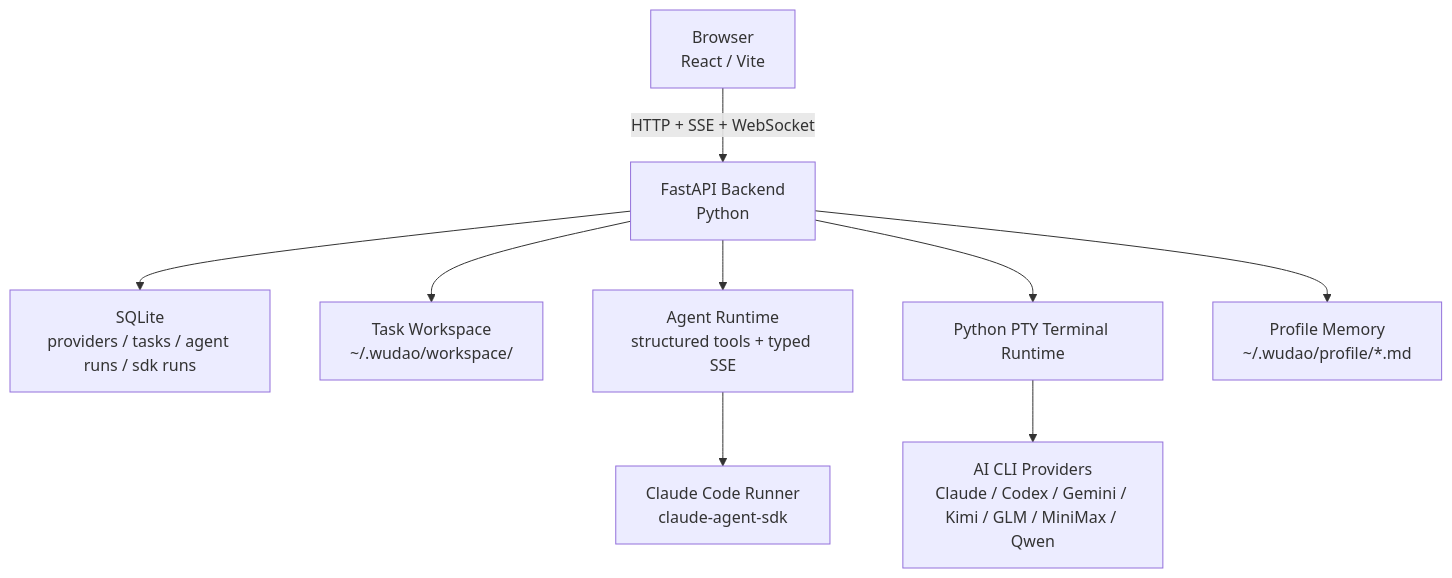
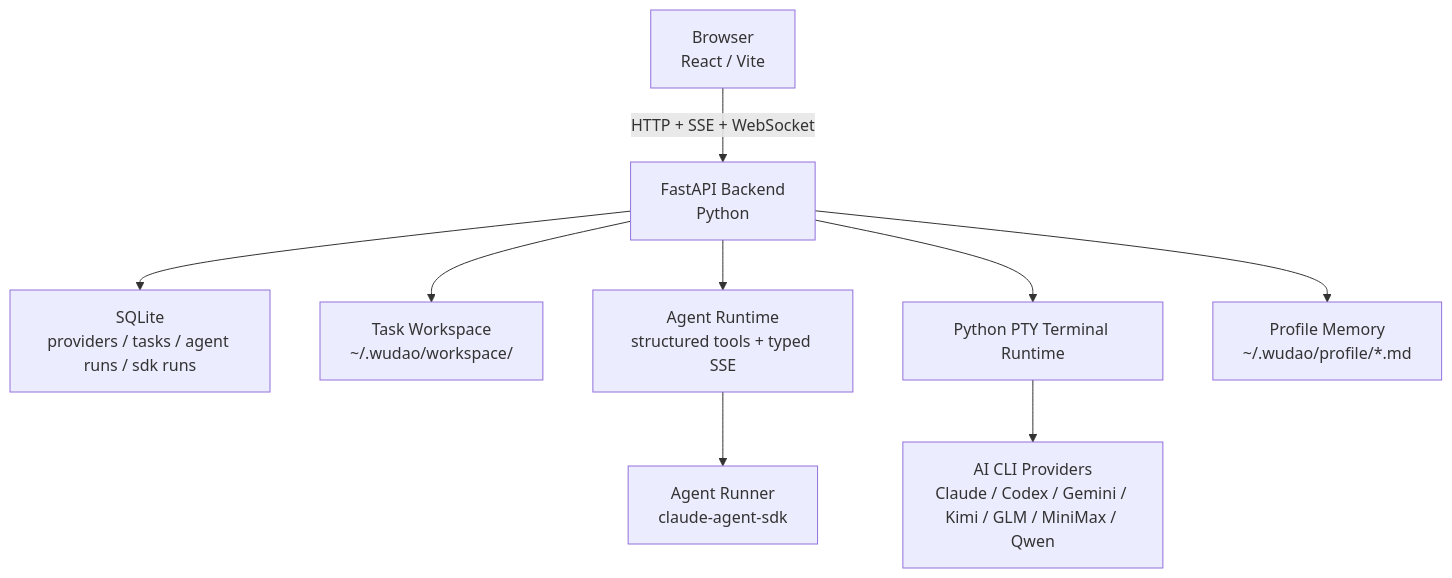
The diagram in AGENTS.md (zth9/wudao), drawn with Mermaid before and after one commit. The commit also changed other lines of this file and 23 other files, not shown here.

First line of the commit message:
refactor: rename invoke_claude_code_runner to agent_runner with settings and context optimization

````diff
--- a/AGENTS.md
+++ b/AGENTS.md
@@ -157,11 +157,11 @@
 ```mermaid
 flowchart TD
     A[Browser\nReact / Vite] -->|HTTP + SSE + WebSocket| B[FastAPI Backend\nPython]
     B --> C[SQLite\nproviders / tasks / agent runs / sdk runs]
     B --> D[Task Workspace\n~/.wudao/workspace/<taskId>]
     B --> E[Agent Runtime\nstructured tools + typed SSE]
-    E --> F[Claude Code Runner\nclaude-agent-sdk]
+    E --> F[Agent Runner\nclaude-agent-sdk]
     B --> G[Python PTY Terminal Runtime]
     G --> H[AI CLI Providers\nClaude / Codex / Gemini / Kimi / GLM / MiniMax / Qwen]
     B --> I[Profile Memory\n~/.wudao/profile/*.md]
 ```
````
